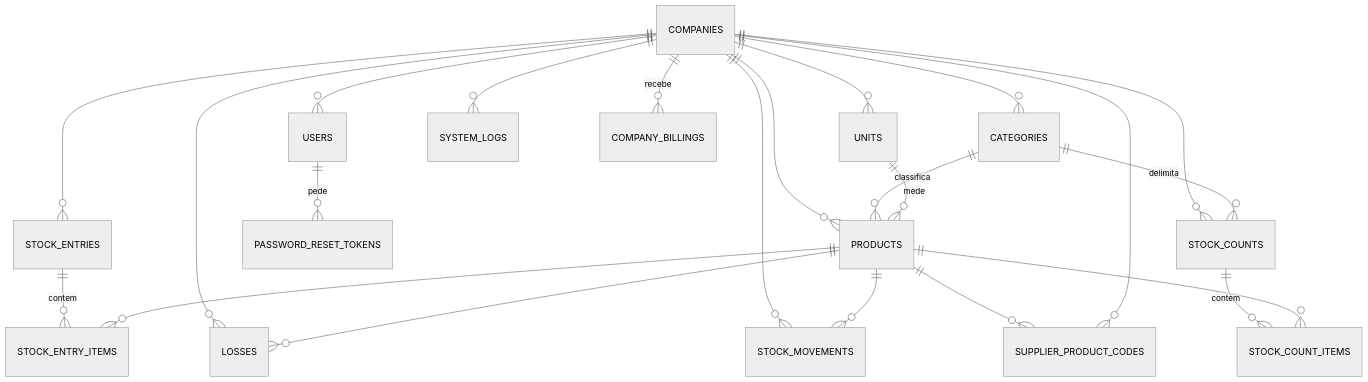
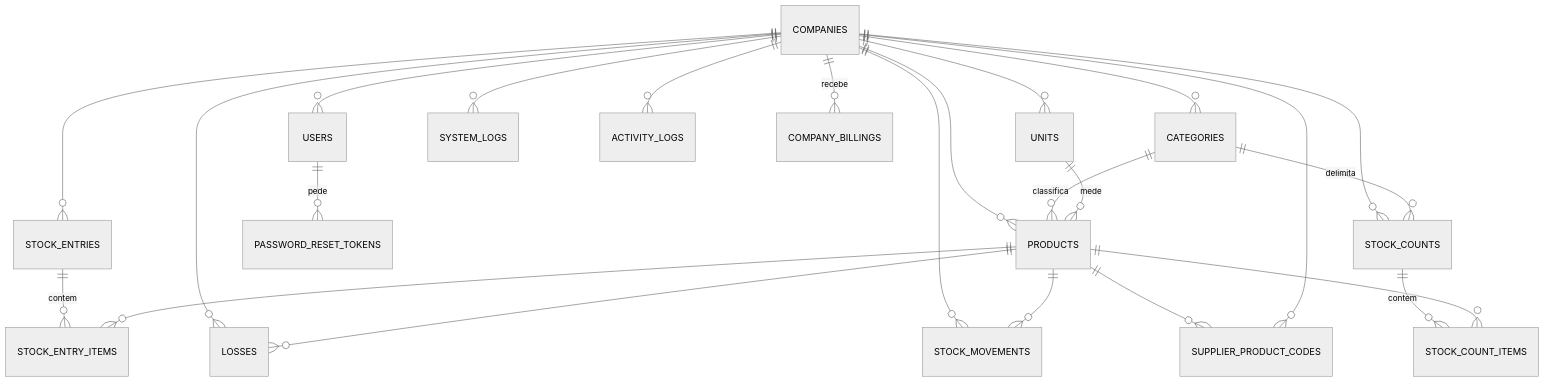
Before and after one commit to ERP-LITE/HortiERP-Lite: the diagram in docs/modelo-de-dados.md, drawn with Mermaid (neutral theme). The commit also changed other lines of this file and 31 other files, not shown here.

````diff
--- a/docs/modelo-de-dados.md
+++ b/docs/modelo-de-dados.md
@@ -19,25 +19,26 @@
 ```mermaid
 erDiagram
   COMPANIES ||--o{ USERS : ""
   COMPANIES ||--o{ CATEGORIES : ""
   COMPANIES ||--o{ UNITS : ""
   COMPANIES ||--o{ PRODUCTS : ""
   COMPANIES ||--o{ STOCK_ENTRIES : ""
   COMPANIES ||--o{ LOSSES : ""
   COMPANIES ||--o{ STOCK_MOVEMENTS : ""
   COMPANIES ||--o{ SYSTEM_LOGS : ""
+  COMPANIES ||--o{ ACTIVITY_LOGS : ""
   COMPANIES ||--o{ COMPANY_BILLINGS : recebe
   USERS ||--o{ PASSWORD_RESET_TOKENS : pede
   CATEGORIES ||--o{ PRODUCTS : classifica
   UNITS ||--o{ PRODUCTS : mede
   STOCK_ENTRIES ||--o{ STOCK_ENTRY_ITEMS : contem
   PRODUCTS ||--o{ STOCK_ENTRY_ITEMS : ""
   PRODUCTS ||--o{ LOSSES : ""
   PRODUCTS ||--o{ STOCK_MOVEMENTS : ""
   PRODUCTS ||--o{ SUPPLIER_PRODUCT_CODES : ""
   COMPANIES ||--o{ SUPPLIER_PRODUCT_CODES : ""
   COMPANIES ||--o{ STOCK_COUNTS : ""
   CATEGORIES ||--o{ STOCK_COUNTS : delimita
   STOCK_COUNTS ||--o{ STOCK_COUNT_ITEMS : contem
   PRODUCTS ||--o{ STOCK_COUNT_ITEMS : ""
 ```
````
